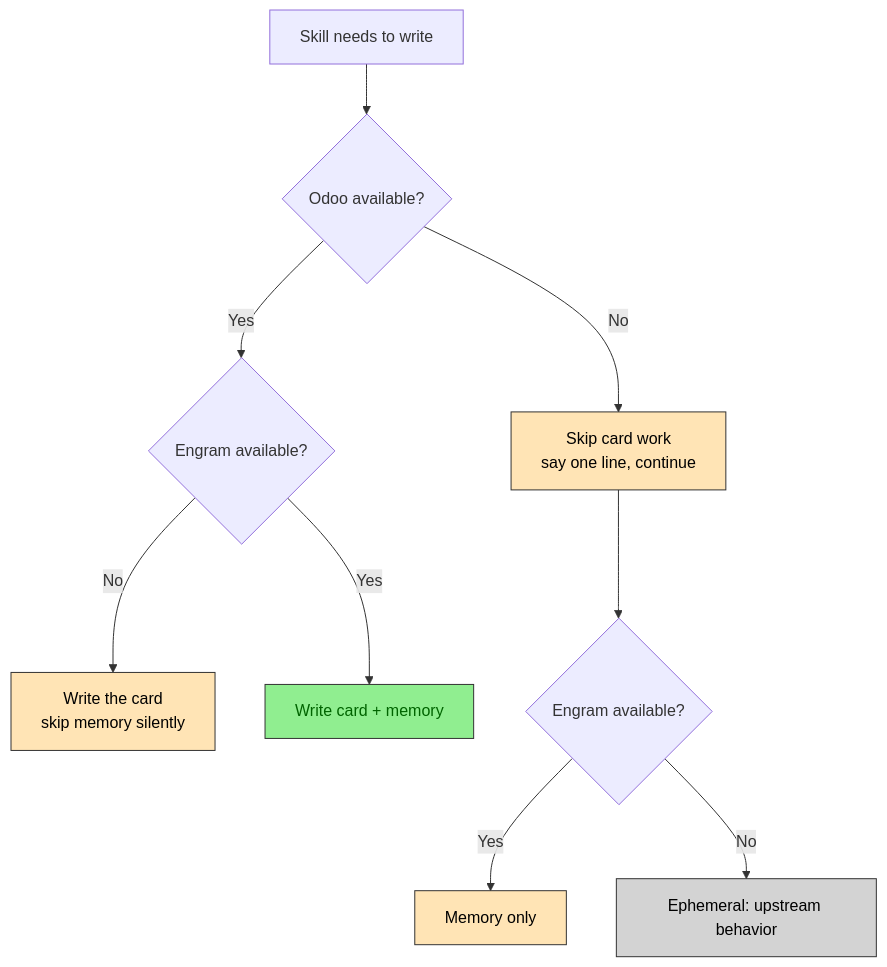
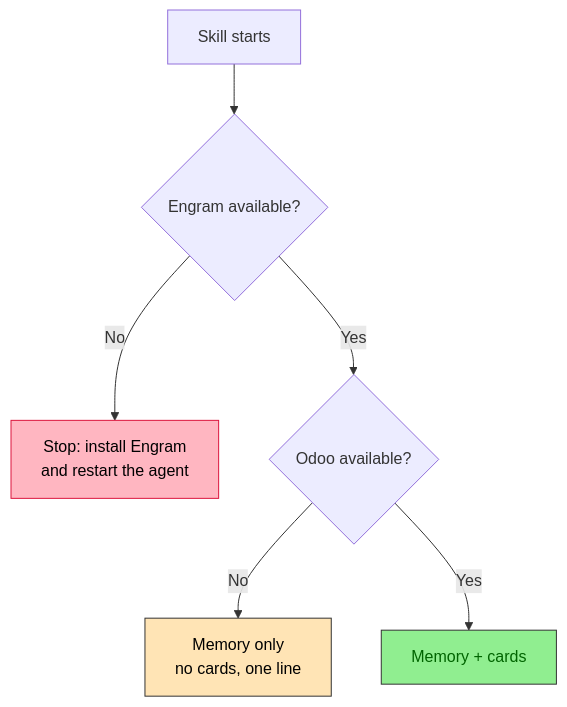
The fourth of 4 diagrams in docs/architecture.md (darideveloper/ai-daridev), drawn with Mermaid before and after one commit. The commit also changed other lines of this file and 11 other files, not shown here.

First line of the commit message:
feat: make Engram required, Odoo optional

````diff
--- a/docs/architecture.md
+++ b/docs/architecture.md
@@ -119,18 +120,15 @@
 ```mermaid
 flowchart TD
-    S["Skill needs to write"] --> Q1{"Odoo available?"}
-    Q1 -->|No| N1["Skip card work<br/>say one line, continue"]
-    Q1 -->|Yes| Q2{"Engram available?"}
-    Q2 -->|No| N2["Write the card<br/>skip memory silently"]
-    Q2 -->|Yes| N3["Write card + memory"]
-    N1 --> Q3{"Engram available?"}
-    Q3 -->|Yes| N4["Memory only"]
-    Q3 -->|No| N5["Ephemeral: upstream behavior"]
+    S["Skill starts"] --> M{"Engram available?"}
+    M -->|No| STOP["Stop: install Engram<br/>and restart the agent"]
+    M -->|Yes| Q1{"Odoo available?"}
+    Q1 -->|No| N1["Memory only<br/>no cards, one line"]
+    Q1 -->|Yes| N2["Memory + cards"]
 
+    classDef stop fill:#FFB6C1,stroke:#DC143C,color:black
     classDef ok fill:#90EE90,stroke:#333,color:darkgreen
     classDef warn fill:#FFE4B5,stroke:#333,color:black
-    classDef none fill:#D3D3D3,stroke:#333,color:black
-    class N3 ok
-    class N1,N2,N4 warn
-    class N5 none
+    class STOP stop
+    class N2 ok
+    class N1 warn
 ```
````
